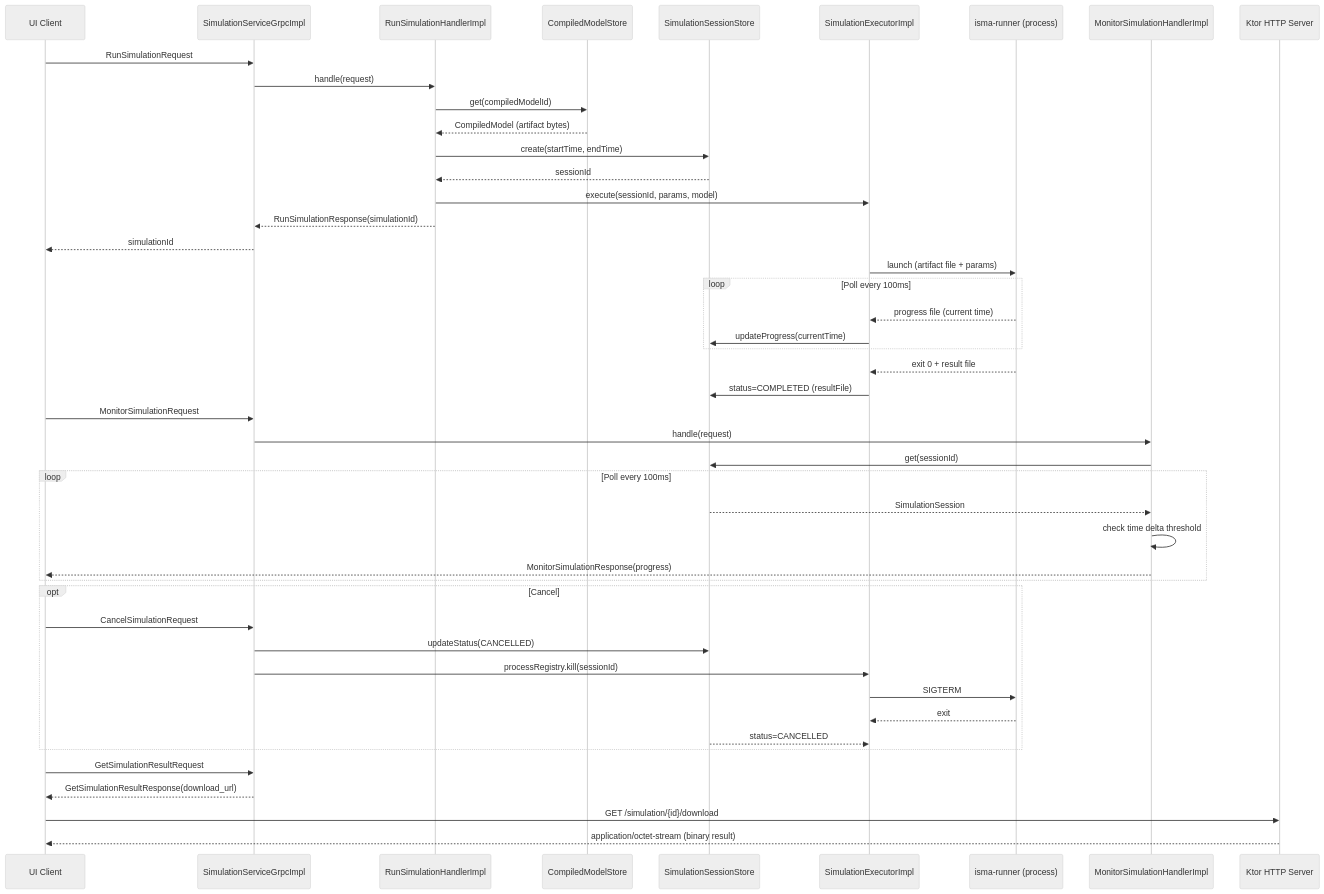
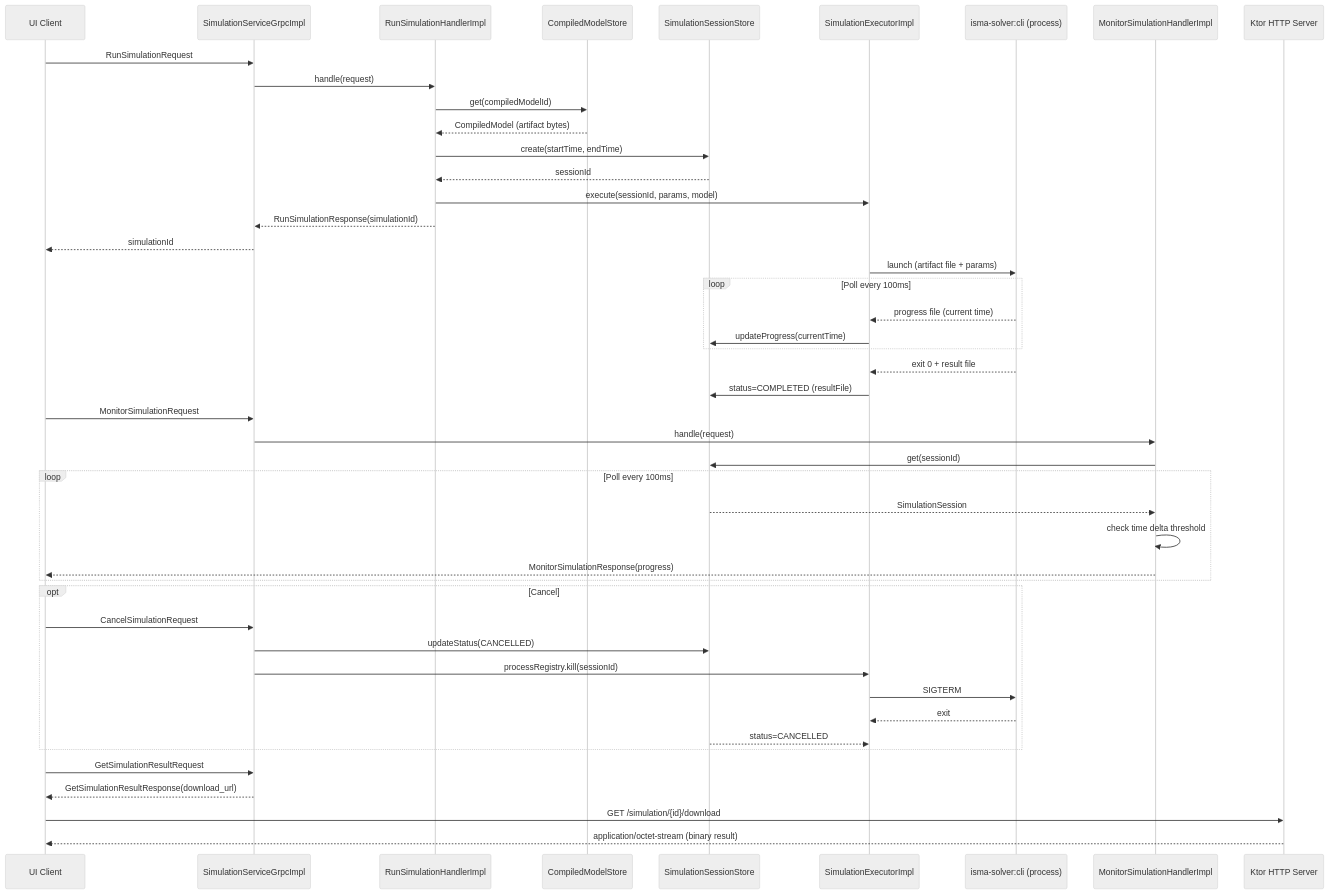
The third of 4 diagrams in docs/isma-daemon/01-overview.md (SmallBossGames/isma), drawn with Mermaid (neutral theme) before and after one commit. The commit also changed other lines of this file and 32 other files, not shown here.

Commit message:
Compler and runner as CLI

````diff
--- a/docs/isma-daemon/01-overview.md
+++ b/docs/isma-daemon/01-overview.md
@@ -139,54 +137,54 @@
 ```mermaid
 sequenceDiagram
     participant Client as UI Client
     participant Grpc as SimulationServiceGrpcImpl
     participant Handler as RunSimulationHandlerImpl
     participant Store as CompiledModelStore
     participant Session as SimulationSessionStore
     participant Executor as SimulationExecutorImpl
-    participant Runner as isma-runner (process)
+    participant Runner as isma-solver:cli (process)
     participant Mon as MonitorSimulationHandlerImpl
     participant Http as Ktor HTTP Server
 
     Client->>Grpc: RunSimulationRequest
     Grpc->>Handler: handle(request)
     Handler->>Store: get(compiledModelId)
     Store-->>Handler: CompiledModel (artifact bytes)
     Handler->>Session: create(startTime, endTime)
     Session-->>Handler: sessionId
     Handler->>Executor: execute(sessionId, params, model)
     Handler-->>Grpc: RunSimulationResponse(simulationId)
     Grpc-->>Client: simulationId
 
     Executor->>Runner: launch (artifact file + params)
     loop Poll every 100ms
         Runner-->>Executor: progress file (current time)
         Executor->>Session: updateProgress(currentTime)
     end
     Runner-->>Executor: exit 0 + result file
     Executor->>Session: status=COMPLETED (resultFile)
 
     Client->>Grpc: MonitorSimulationRequest
     Grpc->>Mon: handle(request)
     Mon->>Session: get(sessionId)
     loop Poll every 100ms
         Session-->>Mon: SimulationSession
         Mon->>Mon: check time delta threshold
         Mon-->>Client: MonitorSimulationResponse(progress)
     end
 
     opt Cancel
         Client->>Grpc: CancelSimulationRequest
         Grpc->>Session: updateStatus(CANCELLED)
         Grpc->>Executor: processRegistry.kill(sessionId)
         Executor->>Runner: SIGTERM
         Runner-->>Executor: exit
         Session-->>Executor: status=CANCELLED
     end
 
     Client->>Grpc: GetSimulationResultRequest
     Grpc-->>Client: GetSimulationResultResponse(download_url)
 
     Client->>Http: GET /simulation/{id}/download
     Http-->>Client: application/octet-stream (binary result)
 ```
````
